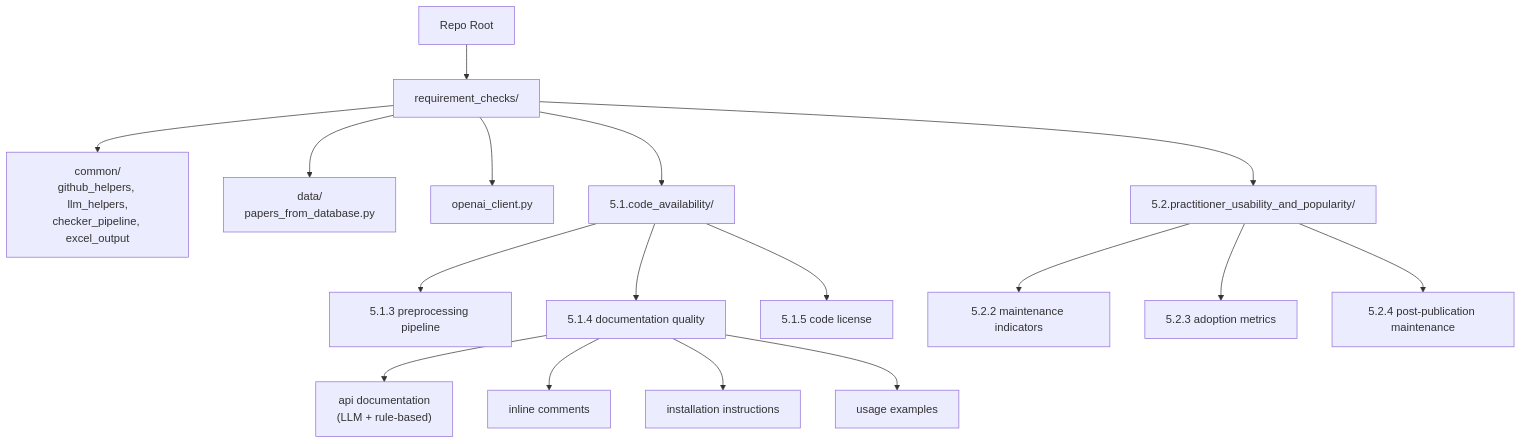
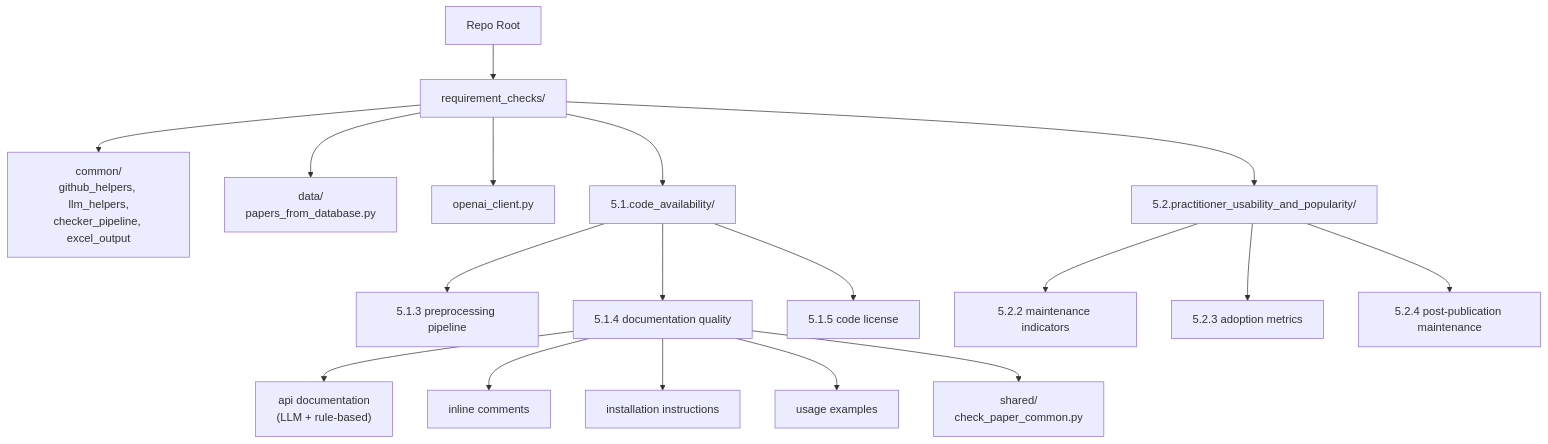
One commit to AminDaryan/Scrape-GitHub changed the diagram in README.md. Above: the diagram before and after it, drawn with Mermaid.

Commit message:
fix: mermaid fix

````diff
--- a/README.md
+++ b/README.md
@@ -41,20 +41,21 @@
 ```mermaid
 flowchart TD
   root["Repo Root"]
   root --> rc["requirement_checks/"]
   rc --> common["common/<br/>github_helpers, llm_helpers,<br/>checker_pipeline, excel_output"]
   rc --> data["data/<br/>papers_from_database.py"]
   rc --> client["openai_client.py"]
   rc --> q51["5.1.code_availability/"]
   q51 --> q513["5.1.3 preprocessing pipeline"]
   q51 --> q514["5.1.4 documentation quality"]
   q51 --> q515["5.1.5 code license"]
   q514 --> apidoc["api documentation<br/>(LLM + rule-based)"]
   q514 --> inline["inline comments"]
   q514 --> install["installation instructions"]
   q514 --> usage["usage examples"]
+  q514 --> shared["shared/<br/>check_paper_common.py"]
   rc --> q52["5.2.practitioner_usability_and_popularity/"]
   q52 --> q522["5.2.2 maintenance indicators"]
   q52 --> q523["5.2.3 adoption metrics"]
   q52 --> q524["5.2.4 post-publication maintenance"]
 ```
````
